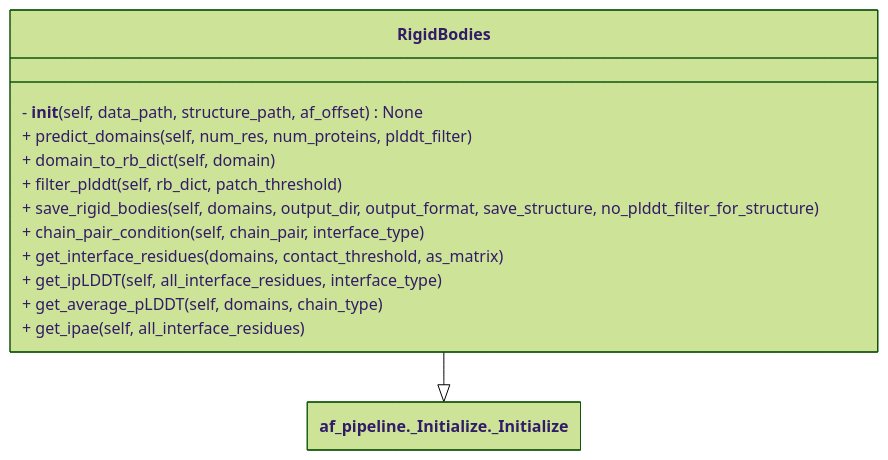
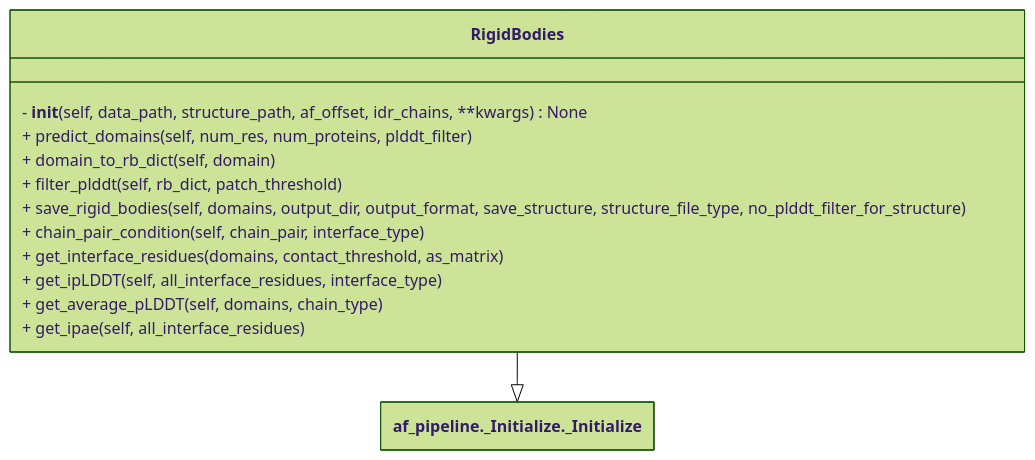
One commit to isblab/IMP_Toolbox changed the diagram in docs/af_pipeline/RigidBodies.md. Above: the diagram before and after it, drawn with Mermaid (forest theme). The commit also changed other lines of this file, not shown here.

````diff
--- a/docs/af_pipeline/RigidBodies.md
+++ b/docs/af_pipeline/RigidBodies.md
@@ -11,22 +11,22 @@
 ```mermaid
 ---
 config:
   class:
     hideEmptyMembersBox: True
 ---
 classDiagram
     class RigidBodies {
-        - __init__(self, data_path, structure_path, af_offset) None
+        - __init__(self, data_path, structure_path, af_offset, idr_chains, **kwargs) None
         + predict_domains(self, num_res, num_proteins, plddt_filter)
         + domain_to_rb_dict(self, domain)
         + filter_plddt(self, rb_dict, patch_threshold)
-        + save_rigid_bodies(self, domains, output_dir, output_format, save_structure, no_plddt_filter_for_structure)
+        + save_rigid_bodies(self, domains, output_dir, output_format, save_structure, structure_file_type, no_plddt_filter_for_structure)
         + chain_pair_condition(self, chain_pair, interface_type)
         + get_interface_residues(domains, contact_threshold, as_matrix)
         + get_ipLDDT(self, all_interface_residues, interface_type)
         + get_average_pLDDT(self, domains, chain_type)
         + get_ipae(self, all_interface_residues)
     }
 
     RigidBodies --|> `af_pipeline._Initialize._Initialize`
 ```
````
